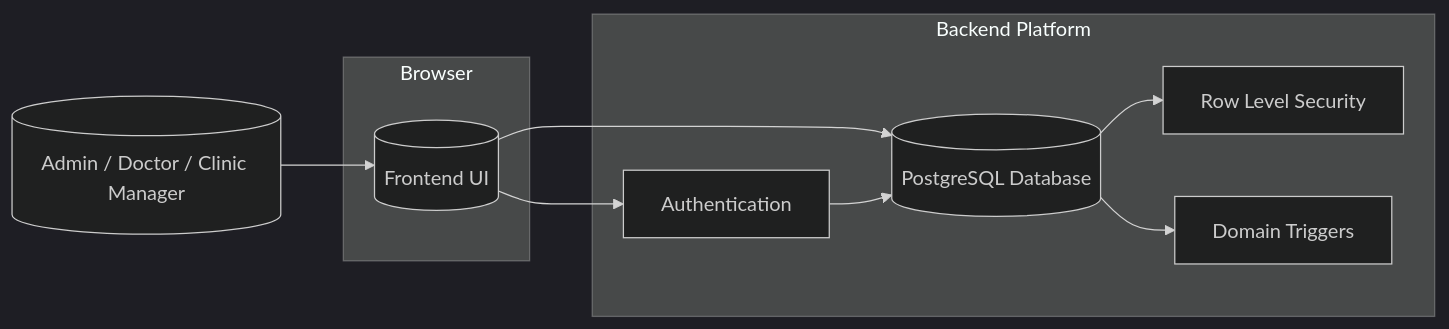
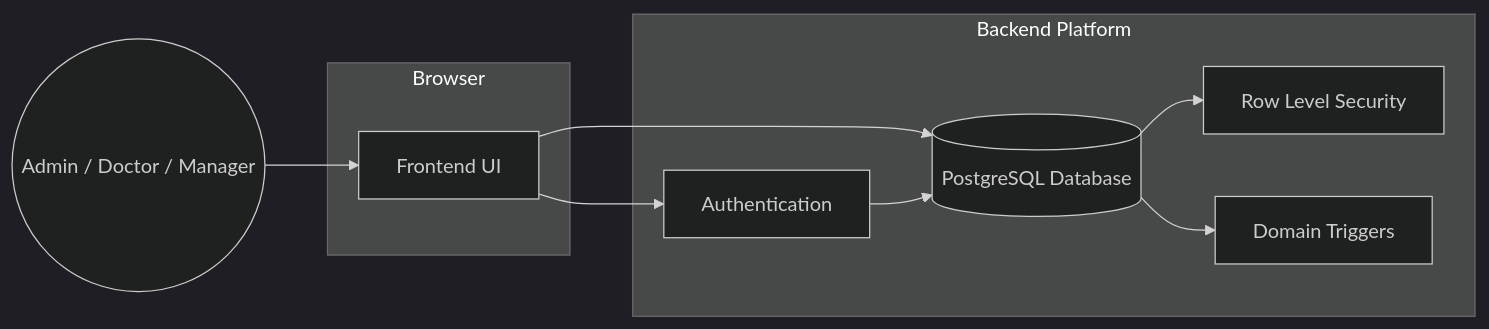
Before and after one commit to ioncat/dental-scheduling-mvp: the diagram in docs/system/container-diagram.md, drawn with Mermaid (dark theme).

Commit message:
fix: correct Mermaid node shapes in container-diagram.md
User: cylinder → circle (actor), SPA: cylinder → rectangle (app).
Database keeps cylinder shape as intended.

````diff
--- a/docs/system/container-diagram.md
+++ b/docs/system/container-diagram.md
@@ -1,24 +1,24 @@
 ```mermaid
 flowchart LR
 
-    User[(Admin / Doctor / Clinic Manager)]
+    User((Admin / Doctor / Manager))
 
     subgraph Browser["Browser"]
-        SPA[(Frontend UI)]
+        SPA[Frontend UI]
     end
 
     subgraph Backend["Backend Platform"]
         Auth[Authentication]
         DB[(PostgreSQL Database)]
         RLS[Row Level Security]
         Triggers[Domain Triggers]
     end
 
     User --> SPA
     SPA --> Auth
     SPA --> DB
 
     Auth --> DB
     DB --> RLS
     DB --> Triggers
 ```
````
